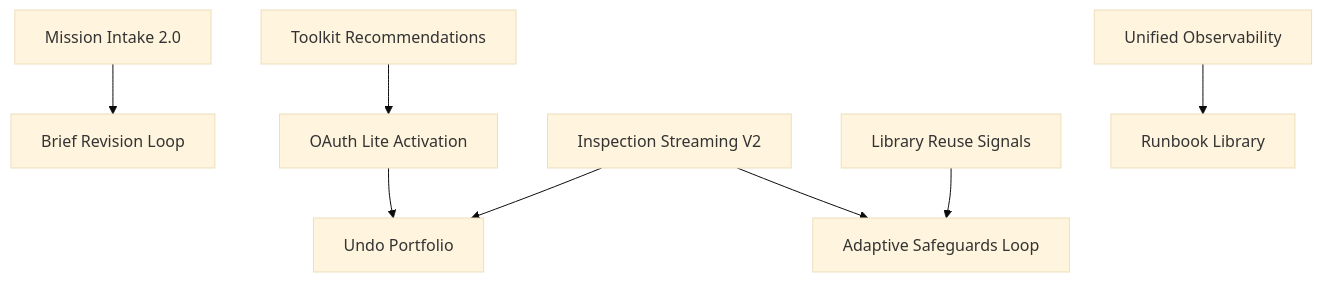
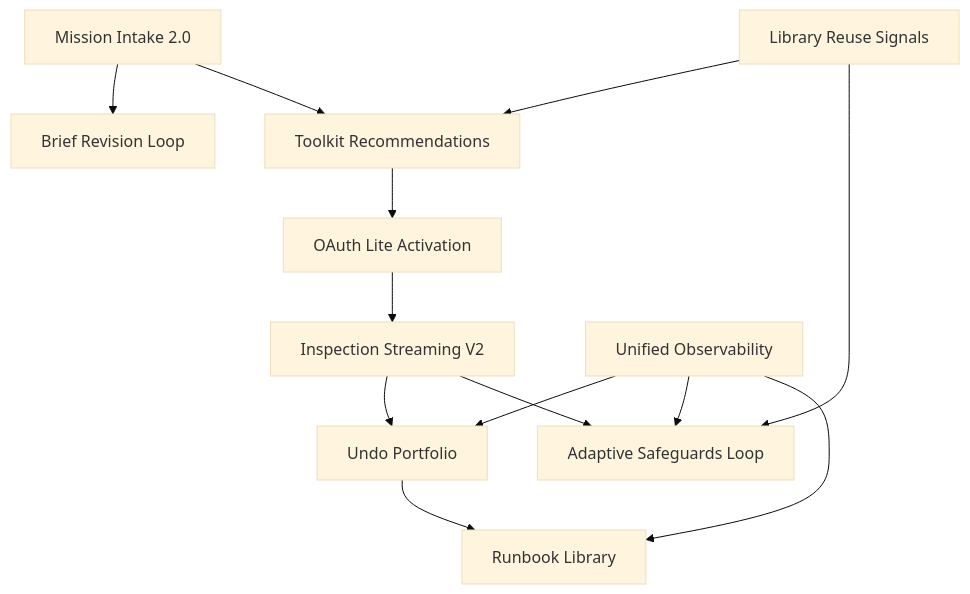
Before and after one commit to maxbaluev/ai_employee_0: the diagram in docs/05_capability_roadmap.md, drawn with Mermaid (base theme). The commit also changed 3 other files, not shown here.

````diff
--- a/docs/05_capability_roadmap.md
+++ b/docs/05_capability_roadmap.md
@@ -135,21 +135,26 @@
 ```mermaid
 graph TD
   IntakeIntake[Mission Intake 2.0]
   BriefLoop[Brief Revision Loop]
   ToolkitRec[Toolkit Recommendations]
   OAuthLite[OAuth Lite Activation]
   DryRunStream[Inspection Streaming V2]
   UndoPortfolio[Undo Portfolio]
   LibraryReuse[Library Reuse Signals]
   SafeguardLoop[Adaptive Safeguards Loop]
   Observability[Unified Observability]
   RunbookLib[Runbook Library]
 
   IntakeIntake --> BriefLoop
+  IntakeIntake --> ToolkitRec
   ToolkitRec --> OAuthLite
+  LibraryReuse --> ToolkitRec
+  OAuthLite --> DryRunStream
   DryRunStream --> UndoPortfolio
+  Observability --> UndoPortfolio
   LibraryReuse --> SafeguardLoop
+  DryRunStream --> SafeguardLoop
+  Observability --> SafeguardLoop
   Observability --> RunbookLib
-  DryRunStream --> SafeguardLoop
-  OAuthLite --> UndoPortfolio
+  UndoPortfolio --> RunbookLib
 ```
````
